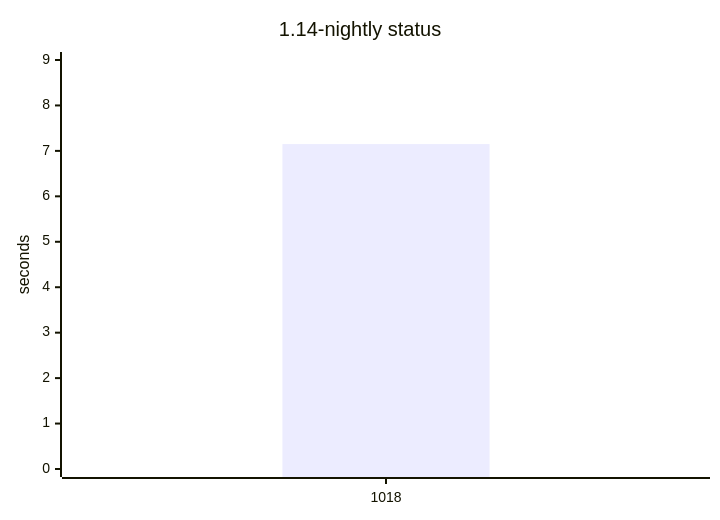
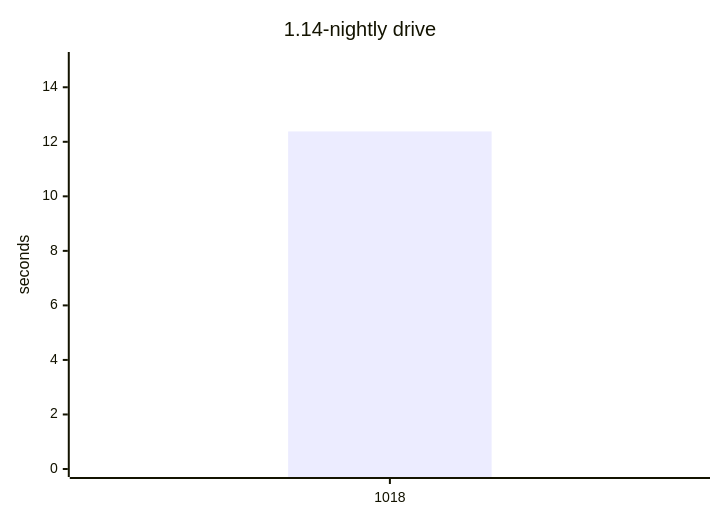
The eighth of 12 diagrams in README.md (yamanori99/DistSSHKit.jl), drawn with Mermaid before and after one commit. The commit also changed other lines of this file and 1 other file, not shown here.

Commit message:
Record compile bench for 1.14-nightly.

````diff
--- a/README.md
+++ b/README.md
@@ -143,7 +192,7 @@
 ```mermaid
 xychart-beta
-    title "1.14-nightly status"
+    title "1.14-nightly drive"
     x-axis ["1018"]
-    y-axis "seconds" 0 --> 9
-    bar [7.15]
+    y-axis "seconds" 0 --> 15
+    bar [12.38]
 ```
````
